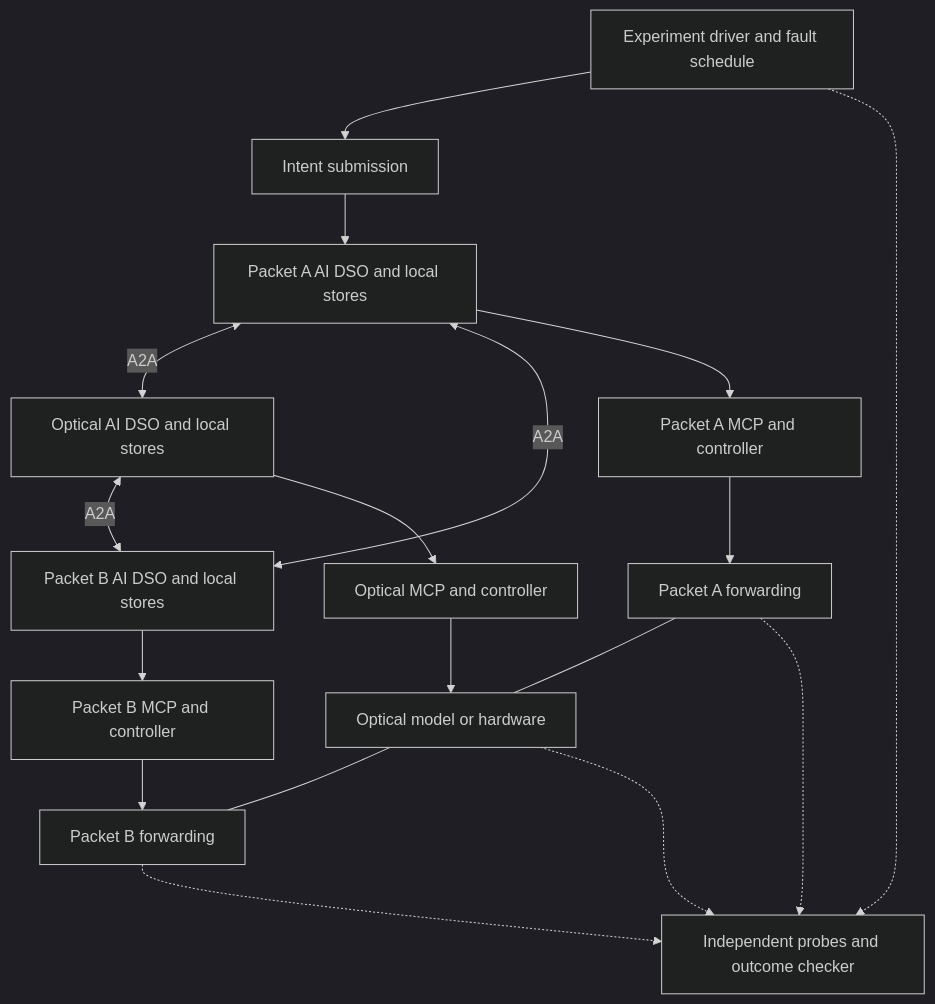
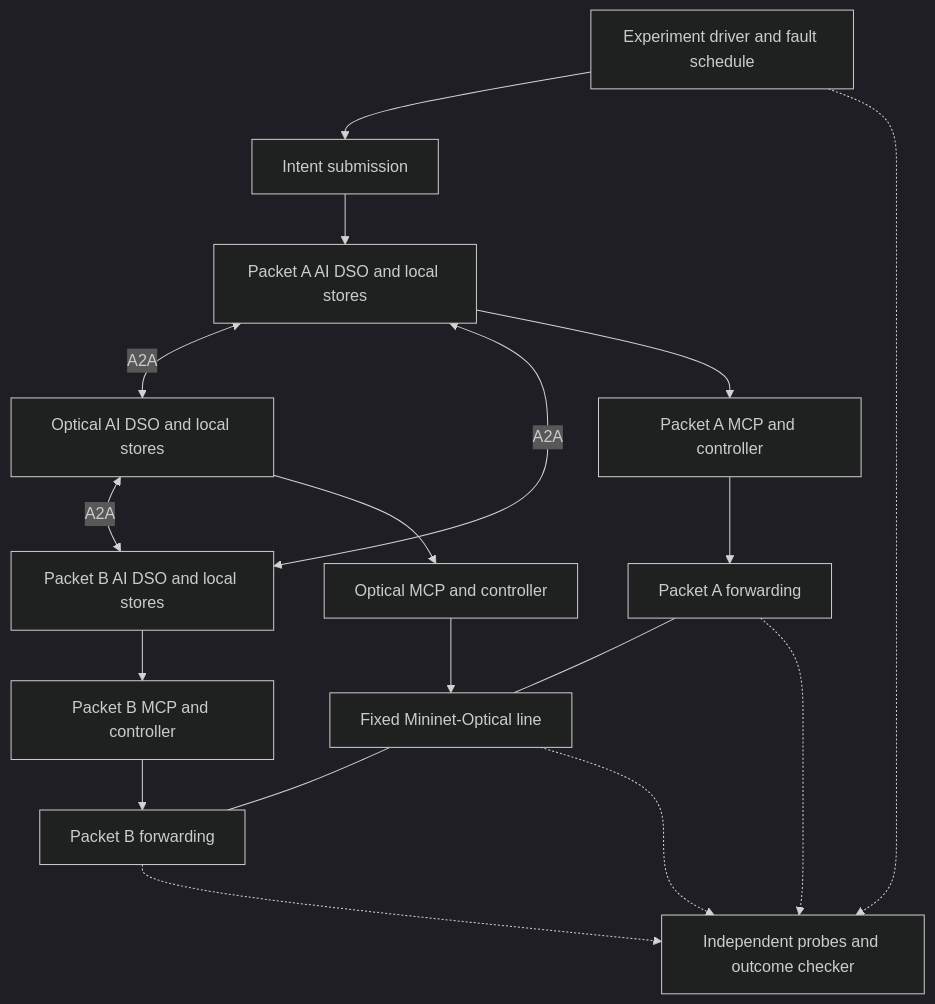
The first of 3 diagrams in docs/experimental-validation.md (allenabishekGithub/inter-domain-automatedNetworking), drawn with Mermaid (dark theme) before and after one commit. The commit also changed other lines of this file and 6 other files, not shown here.

````diff
--- a/docs/experimental-validation.md
+++ b/docs/experimental-validation.md
@@ -105,20 +120,20 @@
 ```mermaid
 flowchart TB
     H["Experiment driver and fault schedule"] --> U["Intent submission"]
     U --> A["Packet A AI DSO and local stores"]
     A <-->|"A2A"| O["Optical AI DSO and local stores"]
     O <-->|"A2A"| B["Packet B AI DSO and local stores"]
     A <-->|"A2A"| B
     A --> MA["Packet A MCP and controller"]
     O --> MO["Optical MCP and controller"]
     B --> MB["Packet B MCP and controller"]
     MA --> PA["Packet A forwarding"]
-    MO --> OT["Optical model or hardware"]
+    MO --> OT["Fixed Mininet-Optical line"]
     MB --> PB["Packet B forwarding"]
     PA --- OT
     OT --- PB
     PA -.-> V["Independent probes and outcome checker"]
     OT -.-> V
     PB -.-> V
     H -.-> V
 ```
````
